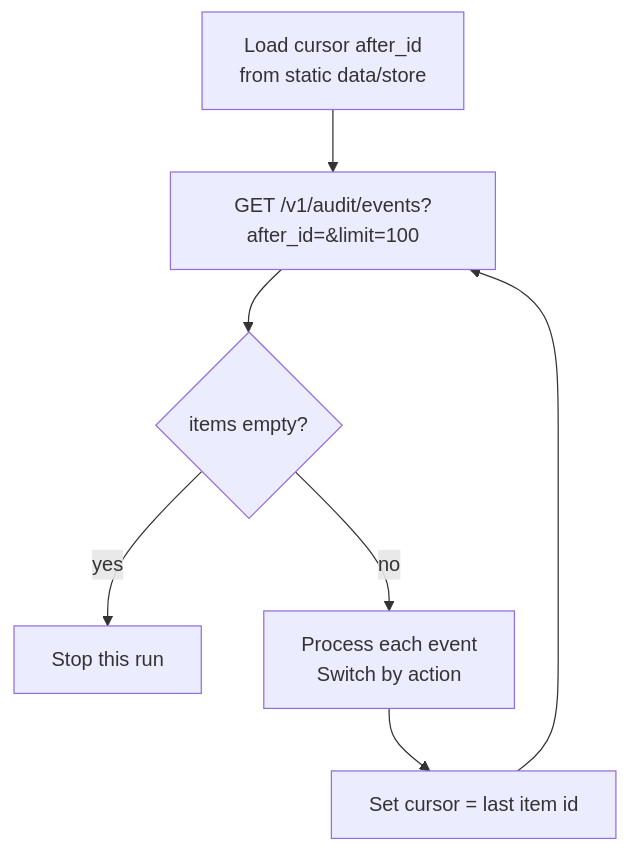
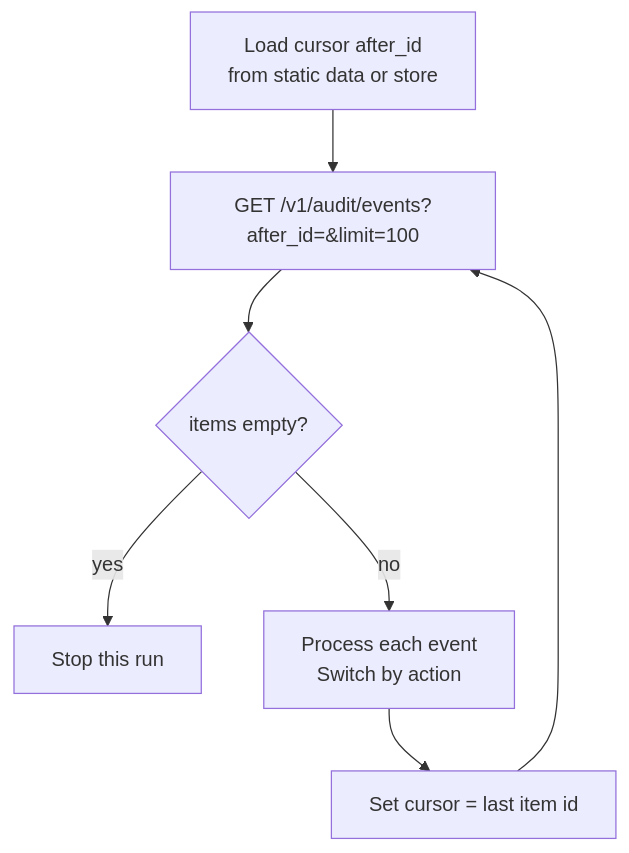
The fifth of 7 diagrams in N8N.md (atvirokodosprendimai/dbapi), drawn with Mermaid before and after one commit. The commit also changed other lines of this file, not shown here.

Commit message:
docs fix github mermaid rendering in n8n guide

````diff
--- a/N8N.md
+++ b/N8N.md
@@ -548,9 +548,9 @@
 ```mermaid
 flowchart TD
-    A[Load cursor after_id\nfrom static data/store] --> B[GET /v1/audit/events?after_id=&limit=100]
+    A["Load cursor after_id<br/>from static data or store"] --> B[GET /v1/audit/events?after_id=&limit=100]
     B --> C{items empty?}
     C -->|yes| D[Stop this run]
-    C -->|no| E[Process each event\nSwitch by action]
+    C -->|no| E["Process each event<br/>Switch by action"]
     E --> F[Set cursor = last item id]
     F --> B
 ```
````
